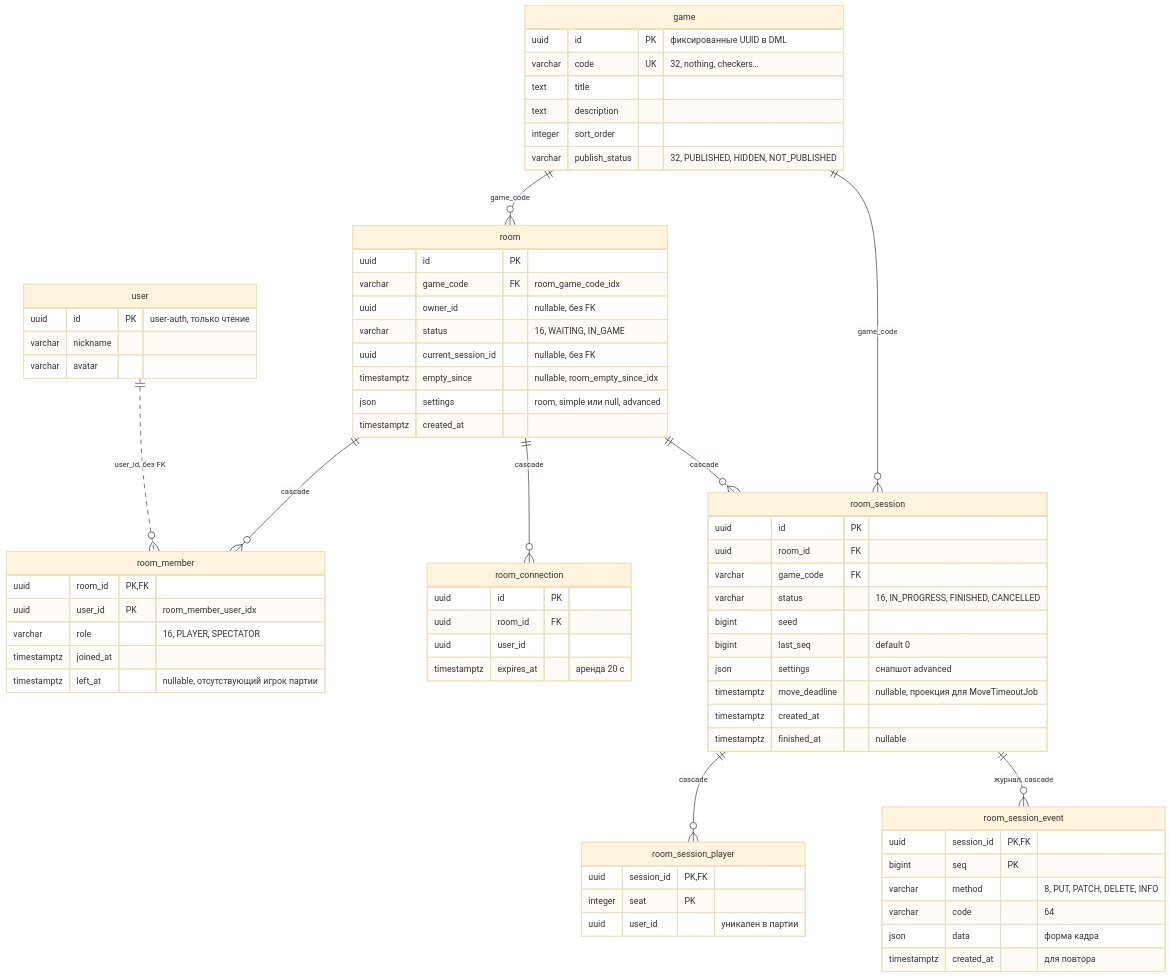
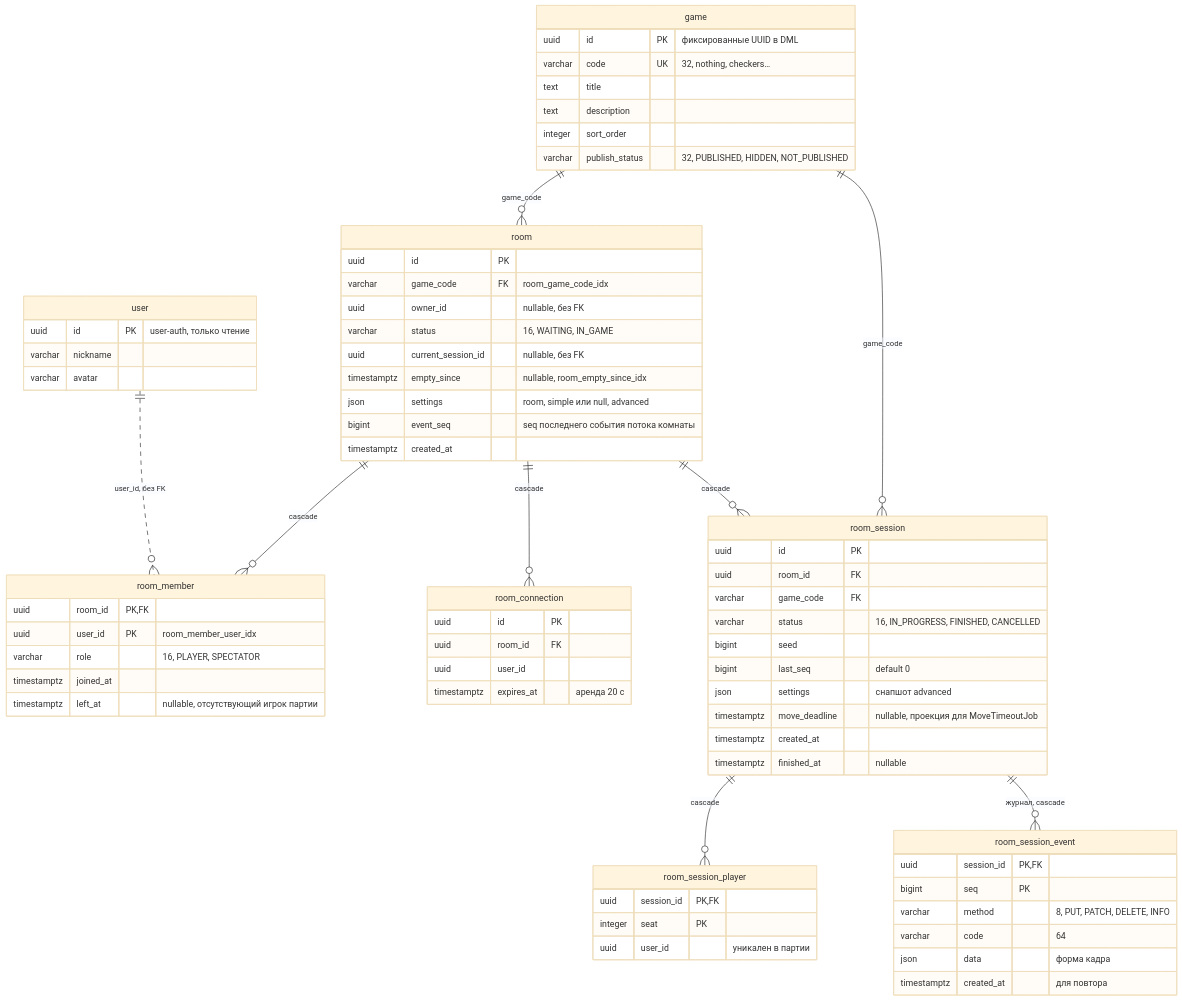
Before and after one commit to qwe3qwe3lott/qgames-workspace: the diagram in adr/erd/game.md, drawn with Mermaid (base theme). The commit also changed 15 other files, not shown here.

````diff
--- a/adr/erd/game.md
+++ b/adr/erd/game.md
@@ -5,73 +5,74 @@
 ```mermaid
 erDiagram
   game {
     uuid id PK "фиксированные UUID в DML"
     varchar code UK "32, nothing, checkers…"
     text title
     text description
     integer sort_order
     varchar publish_status "32, PUBLISHED, HIDDEN, NOT_PUBLISHED"
   }
   room {
     uuid id PK
     varchar game_code FK "room_game_code_idx"
     uuid owner_id "nullable, без FK"
     varchar status "16, WAITING, IN_GAME"
     uuid current_session_id "nullable, без FK"
     timestamptz empty_since "nullable, room_empty_since_idx"
     json settings "room, simple или null, advanced"
+    bigint event_seq "seq последнего события потока комнаты"
     timestamptz created_at
   }
   room_member {
     uuid room_id PK, FK
     uuid user_id PK "room_member_user_idx"
     varchar role "16, PLAYER, SPECTATOR"
     timestamptz joined_at
     timestamptz left_at "nullable, отсутствующий игрок партии"
   }
   room_connection {
     uuid id PK
     uuid room_id FK
     uuid user_id
     timestamptz expires_at "аренда 20 с"
   }
   room_session {
     uuid id PK
     uuid room_id FK
     varchar game_code FK
     varchar status "16, IN_PROGRESS, FINISHED, CANCELLED"
     bigint seed
     bigint last_seq "default 0"
     json settings "снапшот advanced"
     timestamptz move_deadline "nullable, проекция для MoveTimeoutJob"
     timestamptz created_at
     timestamptz finished_at "nullable"
   }
   room_session_player {
     uuid session_id PK, FK
     integer seat PK
     uuid user_id "уникален в партии"
   }
   room_session_event {
     uuid session_id PK, FK
     bigint seq PK
     varchar method "8, PUT, PATCH, DELETE, INFO"
     varchar code "64"
     json data "форма кадра"
     timestamptz created_at "для повтора"
   }
   user {
     uuid id PK "user-auth, только чтение"
     varchar nickname
     varchar avatar
   }
 
   game ||--o{ room : "game_code"
   game ||--o{ room_session : "game_code"
   room ||--o{ room_member : "cascade"
   room ||--o{ room_connection : "cascade"
   room ||--o{ room_session : "cascade"
   room_session ||--o{ room_session_player : "cascade"
   room_session ||--o{ room_session_event : "журнал, cascade"
   user ||..o{ room_member : "user_id, без FK"
 ```
````
